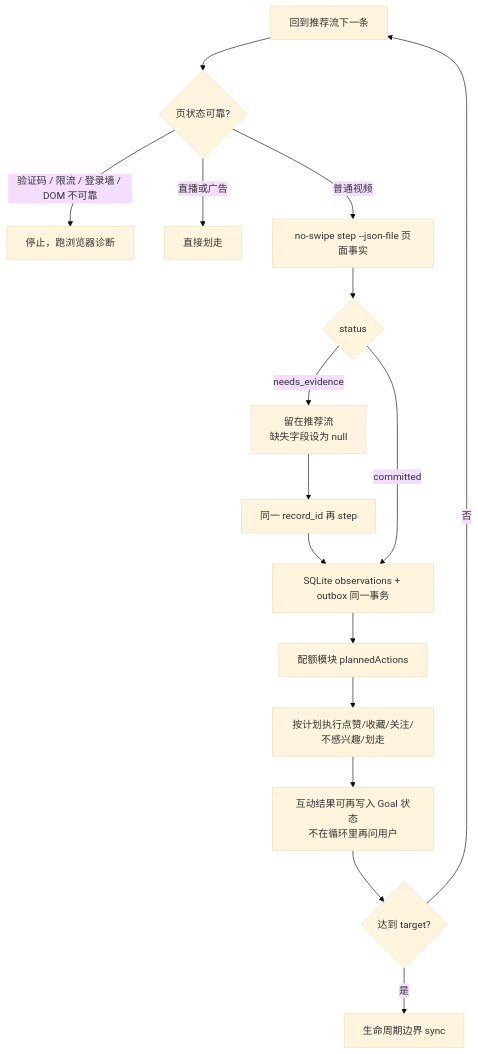
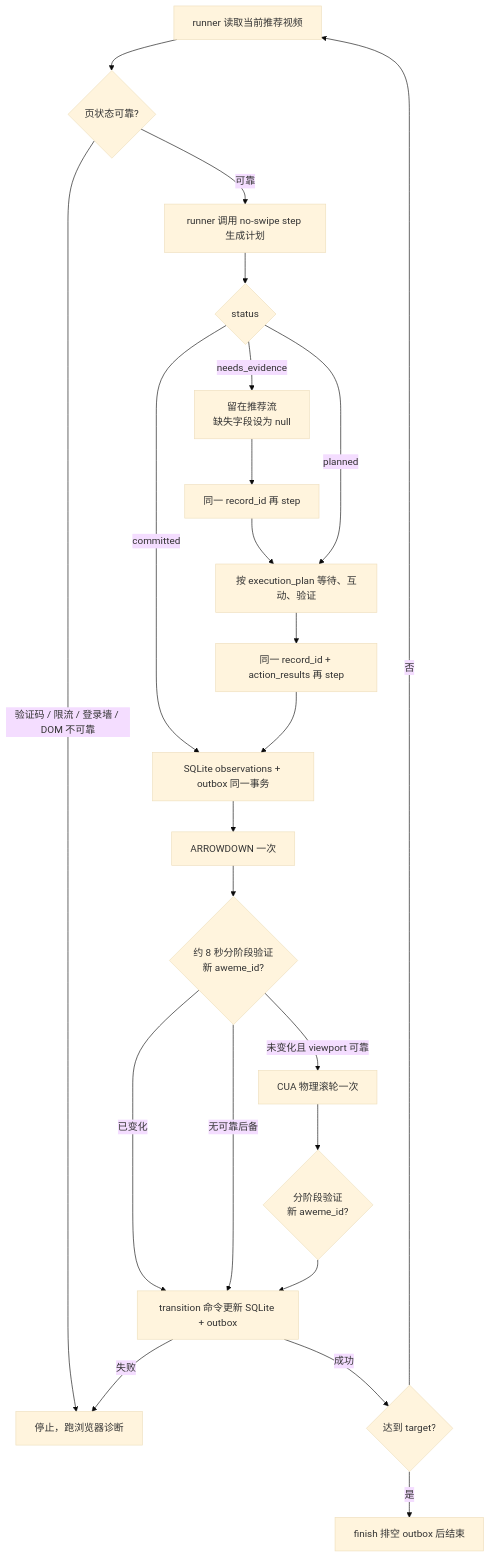
Before and after one commit to OfWind/no_swipe: the tenth of 18 diagrams in docs/no-swipe-interaction-flows.md, drawn with Mermaid (base theme). The commit also changed other lines of this file and 43 other files, not shown here.

First line of the commit message:
feat(no-swipe): restore resilient feed runner

````diff
--- a/docs/no-swipe-interaction-flows.md
+++ b/docs/no-swipe-interaction-flows.md
@@ -375,20 +375,26 @@
 ```mermaid
 flowchart TD
-  Start[回到推荐流下一条] --> Gate{页状态可靠?}
+  Start[runner 读取当前推荐视频] --> Gate{页状态可靠?}
   Gate -->|验证码 / 限流 / 登录墙 / DOM 不可靠| Stop[停止，跑浏览器诊断]
-  Gate -->|直播或广告| Skip[直接划走]
-  Gate -->|普通视频| Classify["no-swipe step --json-file 页面事实"]
+  Gate -->|可靠| Classify[runner 调用 no-swipe step 生成计划]
 
   Classify --> Need{status}
   Need -->|needs_evidence| Missing[留在推荐流<br/>缺失字段设为 null]
   Missing --> Classify2["同一 record_id 再 step"]
-  Classify2 --> Commit
+  Classify2 --> Planned
+  Need -->|planned| Planned[按 execution_plan 等待、互动、验证]
   Need -->|committed| Commit[SQLite observations + outbox 同一事务]
-
-  Commit --> Quota[配额模块 plannedActions]
-  Quota --> Act[按计划执行点赞/收藏/关注/不感兴趣/划走]
-  Act --> PersistNote[互动结果可再写入 Goal 状态<br/>不在循环里再问用户]
-  PersistNote --> Count{达到 target?}
+  Planned --> Result[同一 record_id + action_results 再 step]
+  Result --> Commit
+  Commit --> Advance[ARROWDOWN 一次]
+  Advance --> VerifyArrow{约 8 秒分阶段验证<br/>新 aweme_id?}
+  VerifyArrow -->|已变化| Audit[transition 命令更新 SQLite + outbox]
+  VerifyArrow -->|未变化且 viewport 可靠| Wheel[CUA 物理滚轮一次]
+  VerifyArrow -->|无可靠后备| Audit
+  Wheel --> VerifyWheel{分阶段验证<br/>新 aweme_id?}
+  VerifyWheel --> Audit
+  Audit -->|失败| Stop
+  Audit -->|成功| Count{达到 target?}
   Count -->|否| Start
-  Count -->|是| SyncB[生命周期边界 sync]
+  Count -->|是| Finish[finish 排空 outbox 后结束]
 ```
````
